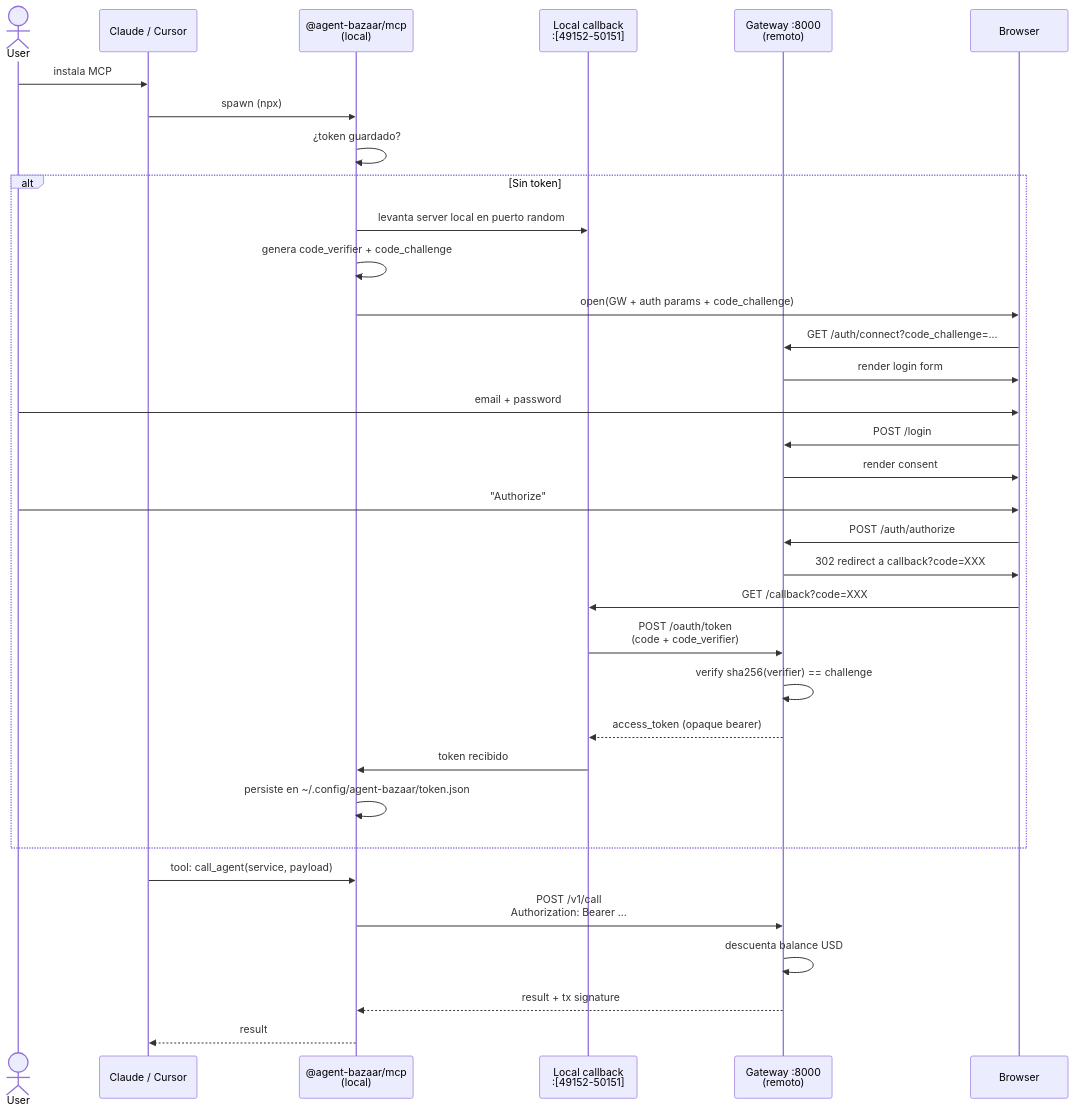
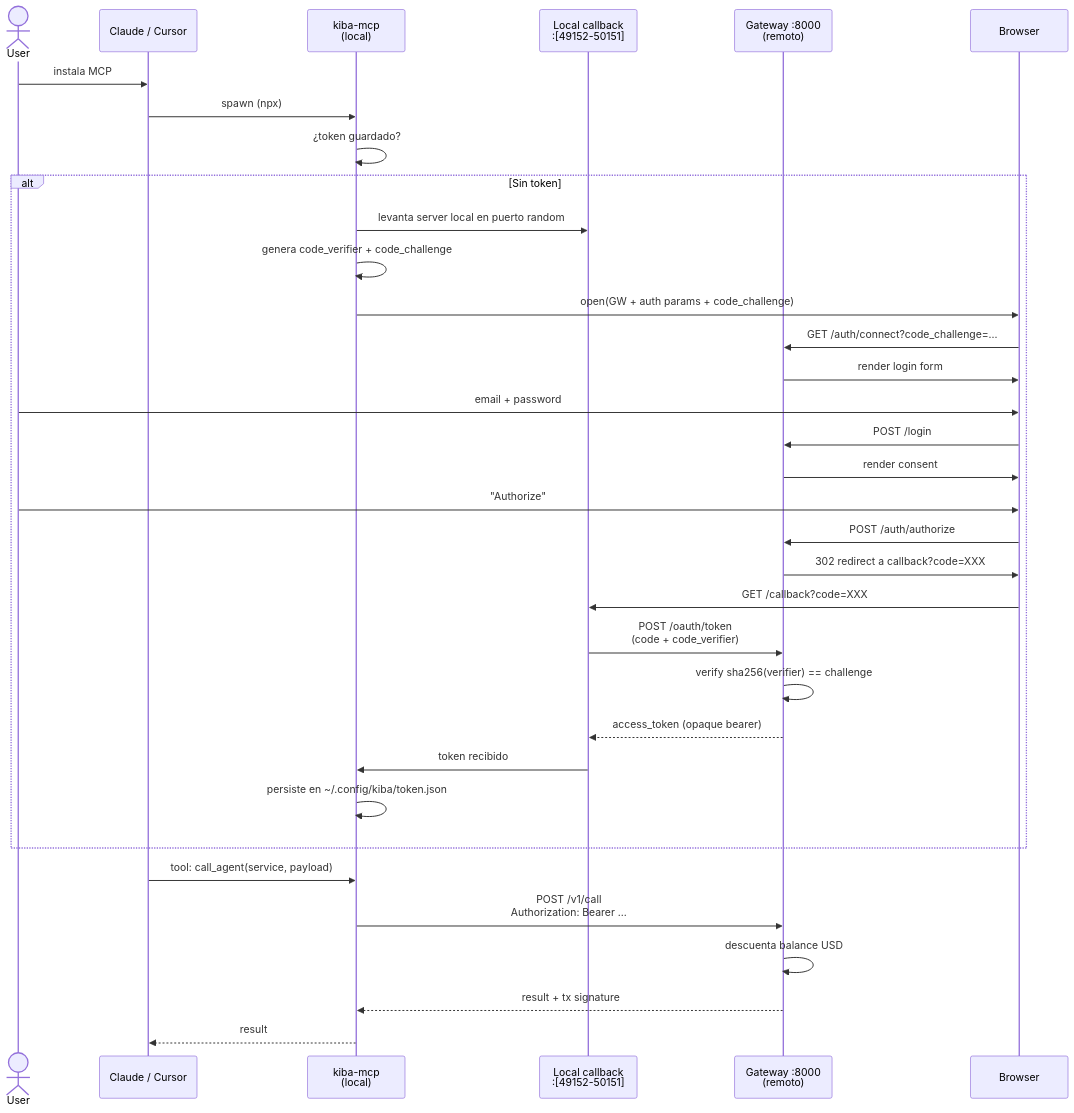
Before and after one commit to CoKeFish/kiba: the seventh of 11 diagrams in docs/architecture.md, drawn with Mermaid. The commit also changed other lines of this file and 94 other files, not shown here.

First line of the commit message:
chore: rebrand agent-bazaar → kiba across the monorepo

````diff
--- a/docs/architecture.md
+++ b/docs/architecture.md
@@ -338,41 +338,41 @@
 ```mermaid
 sequenceDiagram
     actor User
     participant Cli as Claude / Cursor
-    participant MCP as @agent-bazaar/mcp<br/>(local)
+    participant MCP as kiba-mcp<br/>(local)
     participant CB as Local callback<br/>:[49152-50151]
     participant GW as Gateway :8000<br/>(remoto)
     participant Br as Browser
 
     User->>Cli: instala MCP
     Cli->>MCP: spawn (npx)
     MCP->>MCP: ¿token guardado?
 
     alt Sin token
         MCP->>CB: levanta server local en puerto random
         MCP->>MCP: genera code_verifier + code_challenge
         MCP->>Br: open(GW + auth params + code_challenge)
         Br->>GW: GET /auth/connect?code_challenge=...
         GW->>Br: render login form
 
         User->>Br: email + password
         Br->>GW: POST /login
         GW->>Br: render consent
 
         User->>Br: "Authorize"
         Br->>GW: POST /auth/authorize
         GW->>Br: 302 redirect a callback?code=XXX
         Br->>CB: GET /callback?code=XXX
         CB->>GW: POST /oauth/token<br/>(code + code_verifier)
         GW->>GW: verify sha256(verifier) == challenge
         GW-->>CB: access_token (opaque bearer)
         CB->>MCP: token recibido
-        MCP->>MCP: persiste en ~/.config/agent-bazaar/token.json
+        MCP->>MCP: persiste en ~/.config/kiba/token.json
     end
 
     Cli->>MCP: tool: call_agent(service, payload)
     MCP->>GW: POST /v1/call<br/>Authorization: Bearer ...
     GW->>GW: descuenta balance USD
     GW-->>MCP: result + tx signature
     MCP-->>Cli: result
 ```
````
